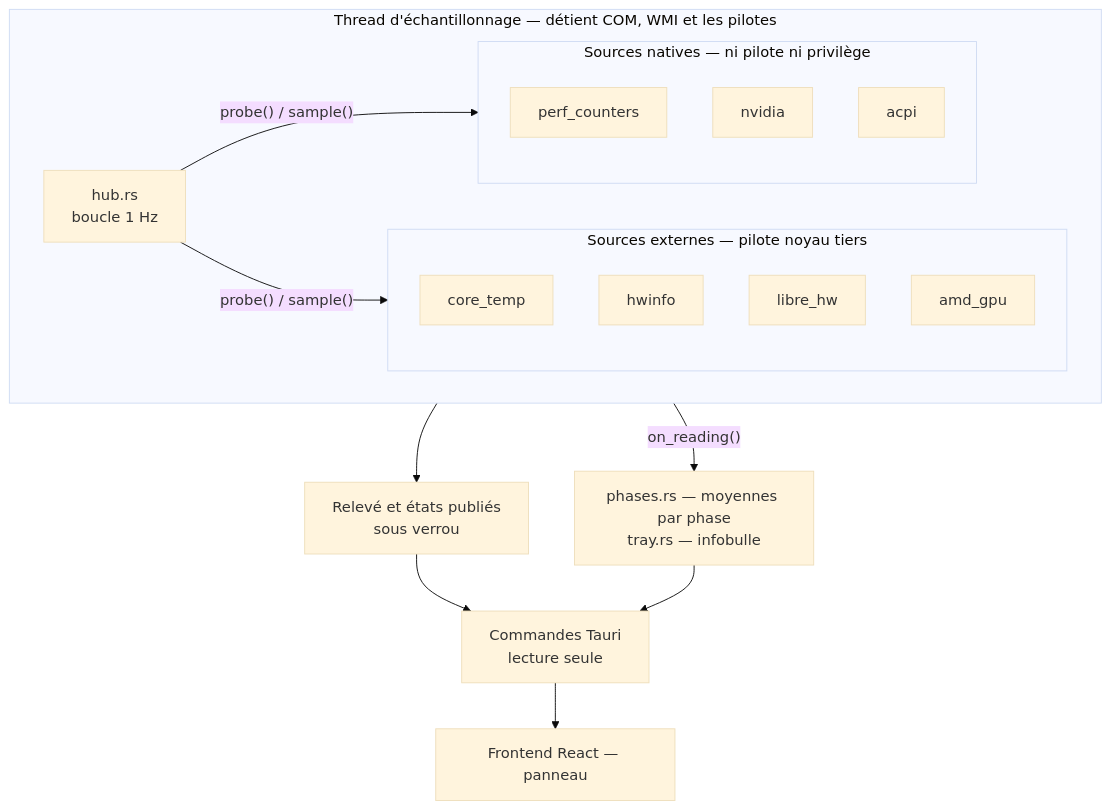
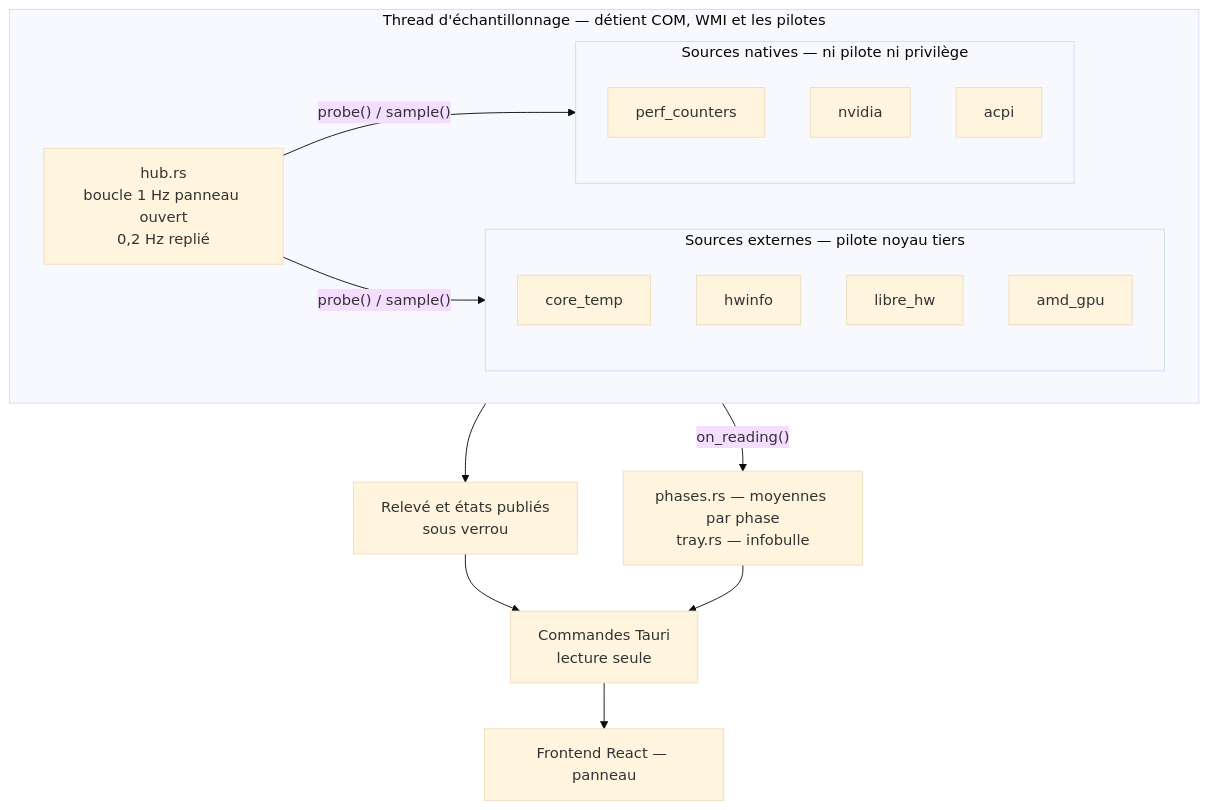
Before and after one commit to Sebajuste/thermal-lab: the first of 3 diagrams in docs/architecture.md, drawn with Mermaid (base theme). The commit also changed 16 other files, not shown here.

````diff
--- a/docs/architecture.md
+++ b/docs/architecture.md
@@ -9,25 +9,25 @@
 ```mermaid
 flowchart TB
     subgraph th["Thread d'échantillonnage — détient COM, WMI et les pilotes"]
-        hub["hub.rs<br/>boucle 1 Hz"]
+        hub["hub.rs<br/>boucle 1 Hz panneau ouvert<br/>0,2 Hz replié"]
         subgraph ext["Sources externes — pilote noyau tiers"]
             ct["core_temp"]
             hw["hwinfo"]
             lhm["libre_hw"]
             amd["amd_gpu"]
         end
         subgraph nat["Sources natives — ni pilote ni privilège"]
             pc["perf_counters"]
             nv["nvidia"]
             ac["acpi"]
         end
         hub -->|"probe() / sample()"| ext
         hub -->|"probe() / sample()"| nat
     end
 
     th --> pub["Relevé et états publiés<br/>sous verrou"]
     th -->|"on_reading()"| acc["phases.rs — moyennes par phase<br/>tray.rs — infobulle"]
     pub --> cmd["Commandes Tauri<br/>lecture seule"]
     acc --> cmd
     cmd --> ui["Frontend React — panneau"]
 ```
````
